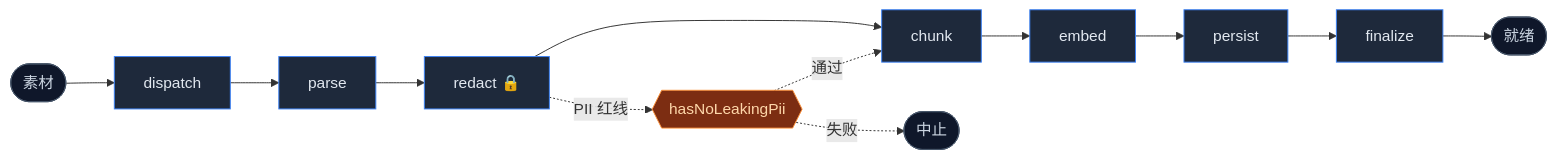
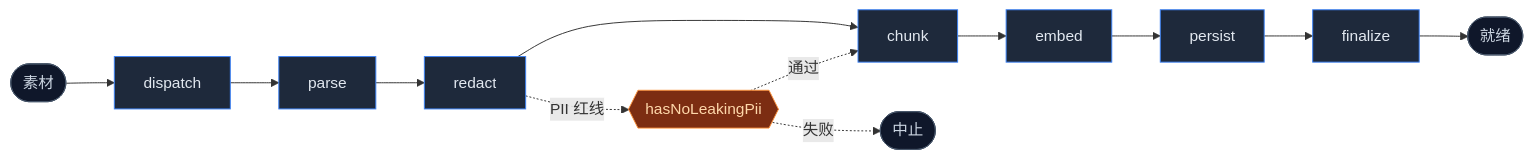
One commit to MaxQian888/cognia-next changed the first of 4 diagrams in docs/content/docs/zh/employee-twin.mdx. Above: the diagram before and after it, drawn with Mermaid. The commit also changed other lines of this file and 211 other files, not shown here.

````diff
--- a/docs/content/docs/zh/employee-twin.mdx
+++ b/docs/content/docs/zh/employee-twin.mdx
@@ -91,22 +93,22 @@
 ```mermaid
 flowchart LR
   S([素材]) --> D[dispatch]
   D --> P[parse]
-  P --> R[redact 🔒]
+  P --> R[redact]
   R --> C[chunk]
   C --> E[embed]
   E --> PS[persist]
   PS --> F[finalize]
   F --> END([就绪])
 
-  R -. PII 红线 .-> X{{hasNoLeakingPii}}
-  X -. 失败 .-> ABORT([中止])
-  X -. 通过 .-> C
+  R -.PII 红线.-> X{{hasNoLeakingPii}}
+  X -.失败.-> ABORT([中止])
+  X -.通过.-> C
 
   classDef stage fill:#1e293b,stroke:#3b82f6,color:#e2e8f0
   classDef terminal fill:#0f172a,stroke:#475569,color:#cbd5e1
   classDef gate fill:#7c2d12,stroke:#fb923c,color:#fed7aa
   class D,P,R,C,E,PS,F stage
   class S,END,ABORT terminal
   class X gate
 ```
````
